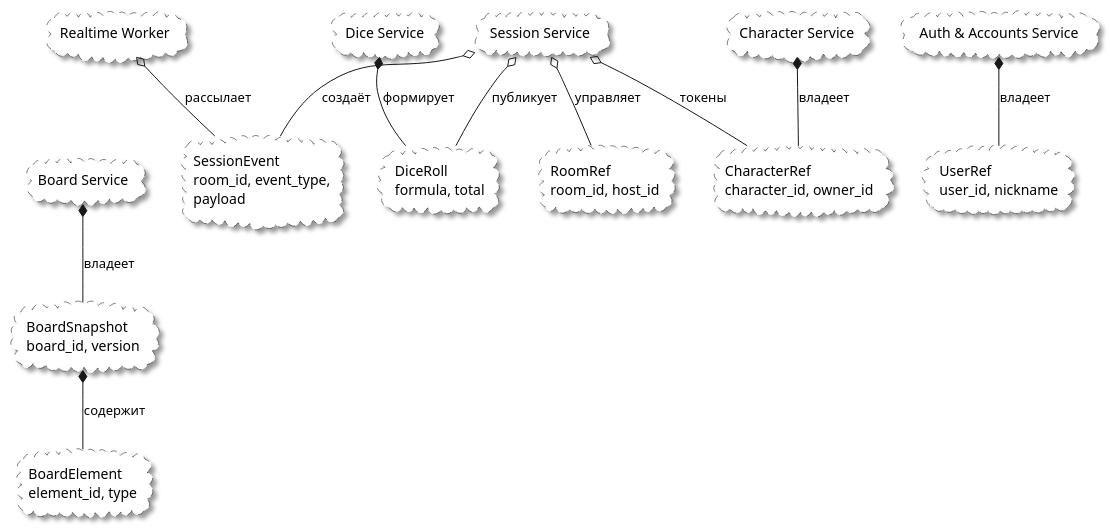
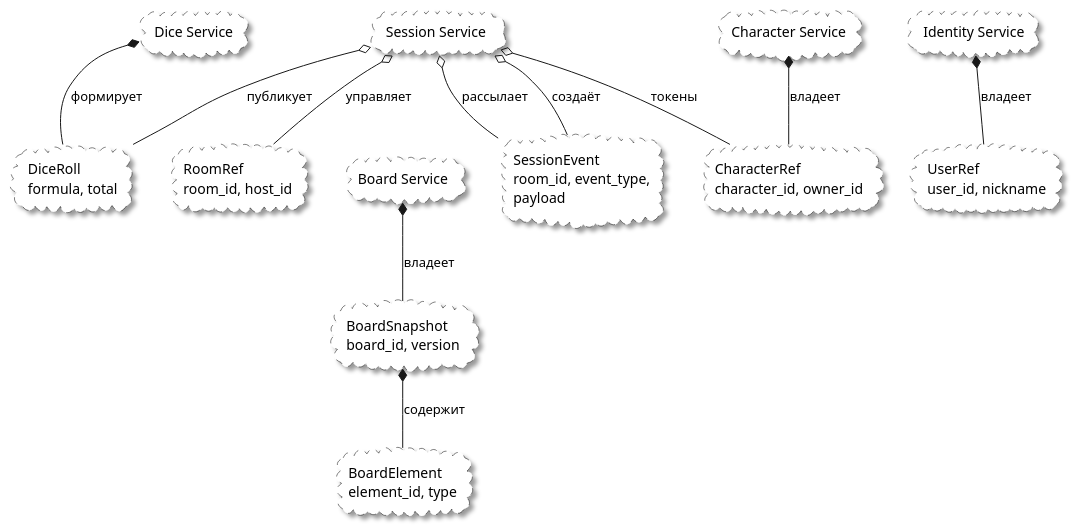
One commit to wingelshteyn/DesignSoftwareCourse changed the diagram in diagram_prompts/17_4plus1_logical_view.md. Above: the diagram before and after it, drawn with PlantUML. The commit also changed other lines of this file and 7 other files, not shown here.

````diff
--- a/diagram_prompts/17_4plus1_logical_view.md
+++ b/diagram_prompts/17_4plus1_logical_view.md
@@ -52,43 +51,41 @@
 ```plantuml
 @startuml
 skinparam cloud {
   BackgroundColor white
   BorderColor black
   BorderStyle dashed
   shadowing true
 }
 skinparam arrow Color black
 
 cloud "Session Service" as SS
 cloud "Board Service" as BS
 cloud "Character Service" as CS
 cloud "Dice Service" as DS
-cloud "Auth & Accounts Service" as AS
-cloud "Realtime Worker" as RW
+cloud "Identity Service" as IS
 
 cloud "SessionEvent\nroom_id, event_type,\npayload" as SE
 cloud "BoardSnapshot\nboard_id, version" as Snap
 cloud "BoardElement\nelement_id, type" as BE
 cloud "DiceRoll\nformula, total" as DR
 cloud "RoomRef\nroom_id, host_id" as RR
 cloud "CharacterRef\ncharacter_id, owner_id" as CR
 cloud "UserRef\nuser_id, nickname" as UR
 
 SS o-- SE : создаёт
 SS o-- RR : управляет
 SS o-- CR : токены
 SS o-- DR : публикует
 BS *-- Snap : владеет
 Snap *-- BE : содержит
 DS *-- DR : формирует
 CS *-- CR : владеет
-AS *-- UR : владеет
-RW o-- SE : рассылает
+IS *-- UR : владеет
+SS o-- SE : рассылает
 
 SS -[hidden]down- BS
 CS -[hidden]left- SS
 DS -[hidden]right- SS
-AS -[hidden]left- CS
-RW -[hidden]right- BS
+IS -[hidden]left- CS
 @enduml
 ```
````
